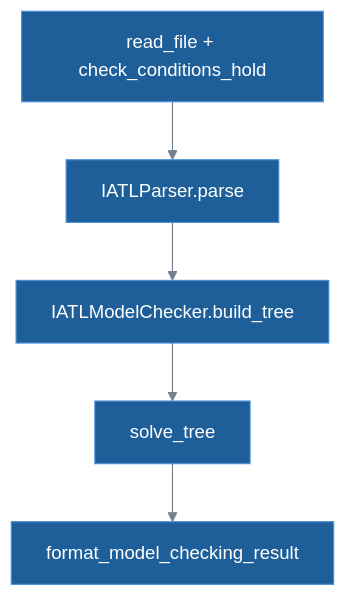
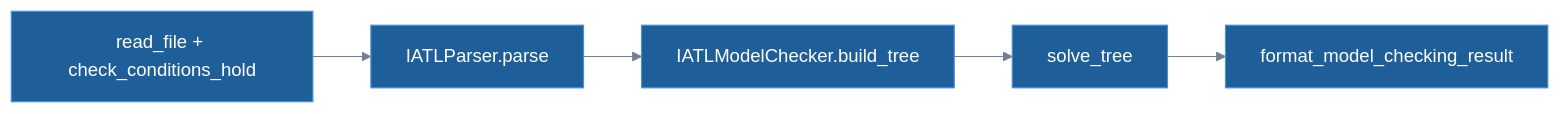
The diagram in docs/IATL/algorithm.md (VITAMIN-organisation/vitamin-model-checker), drawn with Mermaid before and after one commit. The commit also changed other lines of this file and 16 other files, not shown here.

````diff
--- a/docs/IATL/algorithm.md
+++ b/docs/IATL/algorithm.md
@@ -219,11 +221,11 @@
 ```mermaid
 %%{init: {"theme": "base", "themeVariables": {"primaryColor": "#1f5f99", "primaryTextColor": "#ffffff", "primaryBorderColor": "#4a90d9", "lineColor": "#75808f", "tertiaryTextColor": "#75808f", "titleColor": "#75808f", "clusterBkg": "transparent", "clusterBorder": "#75808f", "edgeLabelBackground": "transparent"}}}%%
-flowchart TB
+flowchart LR
     load["read_file + check_conditions_hold"]
     parse["IATLParser.parse"]
     tree["IATLModelChecker.build_tree"]
     solve["solve_tree"]
     result["format_model_checking_result"]
 
     load --> parse --> tree --> solve --> result
 ```
````
